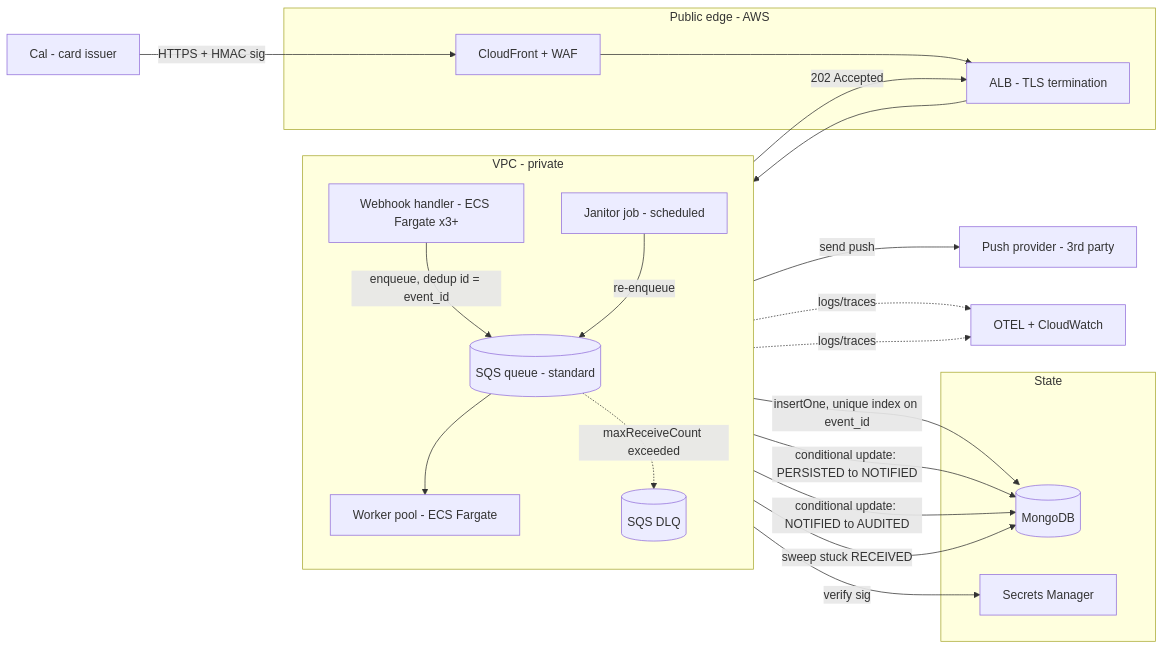
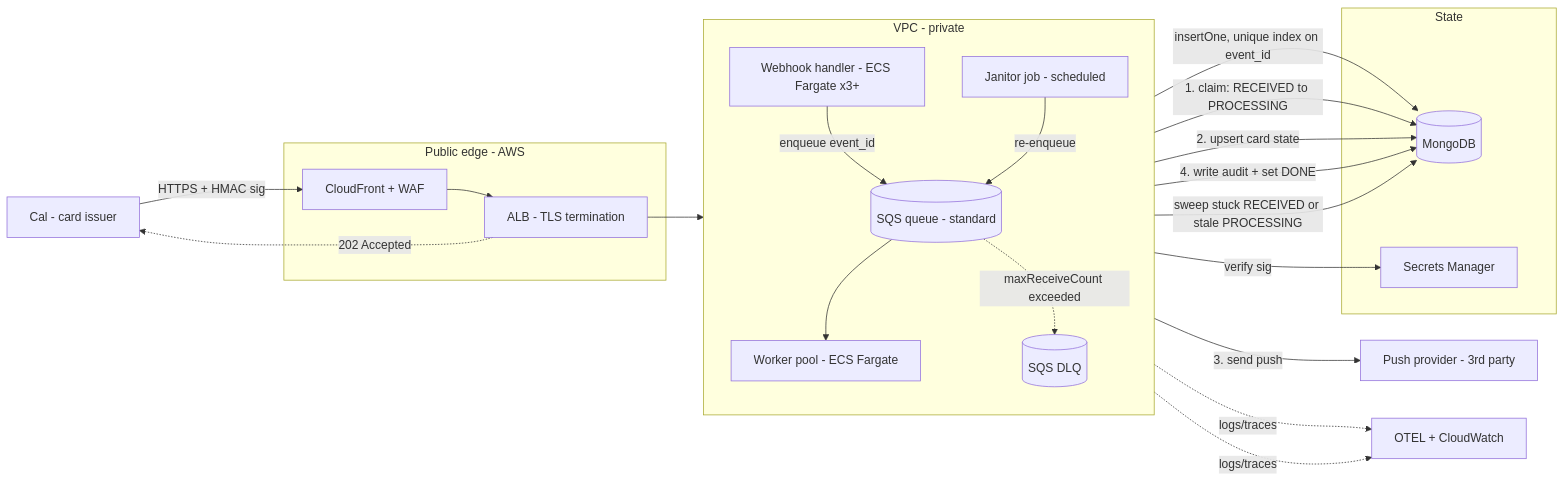
Before and after one commit to YoniRipp/TravelIO-arch: the first of 4 diagrams in architecture.md, drawn with Mermaid. The commit also changed other lines of this file and 1 other file, not shown here.

First line of the commit message:
Rewrite design: single-gate dedup, fix state machine and SQS errors

````diff
--- a/architecture.md
+++ b/architecture.md
@@ -5,47 +5,48 @@
 ```mermaid
 flowchart LR
     Cal[Cal - card issuer]
 
     subgraph Edge["Public edge - AWS"]
         WAF[CloudFront + WAF]
         ALB[ALB - TLS termination]
     end
 
     subgraph App["VPC - private"]
         direction TB
         H[Webhook handler - ECS Fargate x3+]
         Q[(SQS queue - standard)]
         W[Worker pool - ECS Fargate]
         DLQ[(SQS DLQ)]
         JAN[Janitor job - scheduled]
     end
 
     subgraph Data["State"]
         M[(MongoDB)]
         SM[Secrets Manager]
     end
 
     PUSH[Push provider - 3rd party]
     OBS[OTEL + CloudWatch]
 
     Cal -->|"HTTPS + HMAC sig"| WAF
     WAF --> ALB
     ALB --> H
 
     H -->|"verify sig"| SM
     H -->|"insertOne, unique index on event_id"| M
-    H -->|"enqueue, dedup id = event_id"| Q
-    H -->|"202 Accepted"| ALB
+    H -->|"enqueue event_id"| Q
+    ALB -.->|"202 Accepted"| Cal
 
     Q --> W
-    W -->|"conditional update: PERSISTED to NOTIFIED"| M
-    W -->|"send push"| PUSH
-    W -->|"conditional update: NOTIFIED to AUDITED"| M
+    W -->|"1. claim: RECEIVED to PROCESSING"| M
+    W -->|"2. upsert card state"| M
+    W -->|"3. send push"| PUSH
+    W -->|"4. write audit + set DONE"| M
     Q -.->|"maxReceiveCount exceeded"| DLQ
 
-    JAN -->|"sweep stuck RECEIVED"| M
+    JAN -->|"sweep stuck RECEIVED or stale PROCESSING"| M
     JAN -->|"re-enqueue"| Q
 
     H -.->|"logs/traces"| OBS
     W -.->|"logs/traces"| OBS
 ```
````
